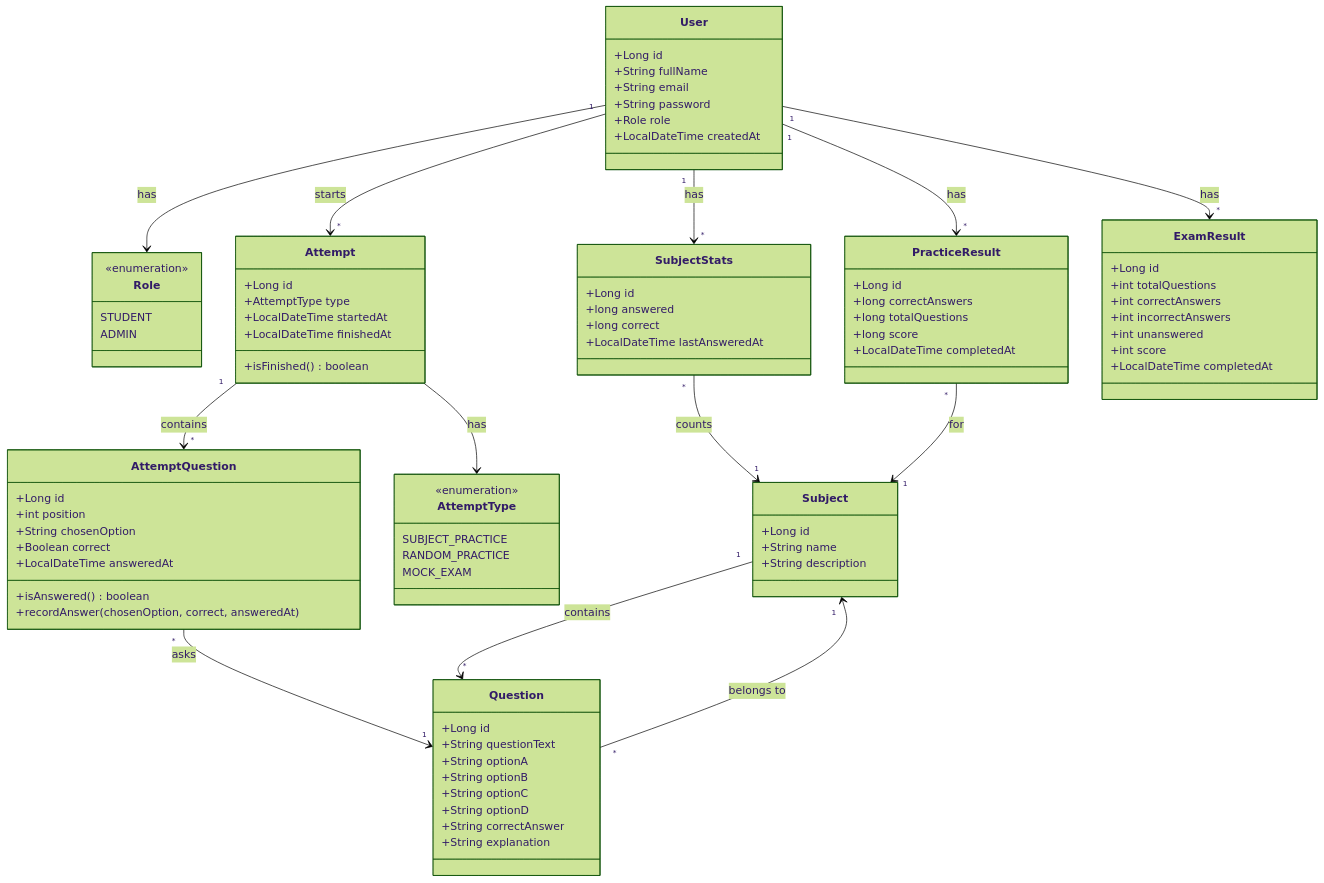
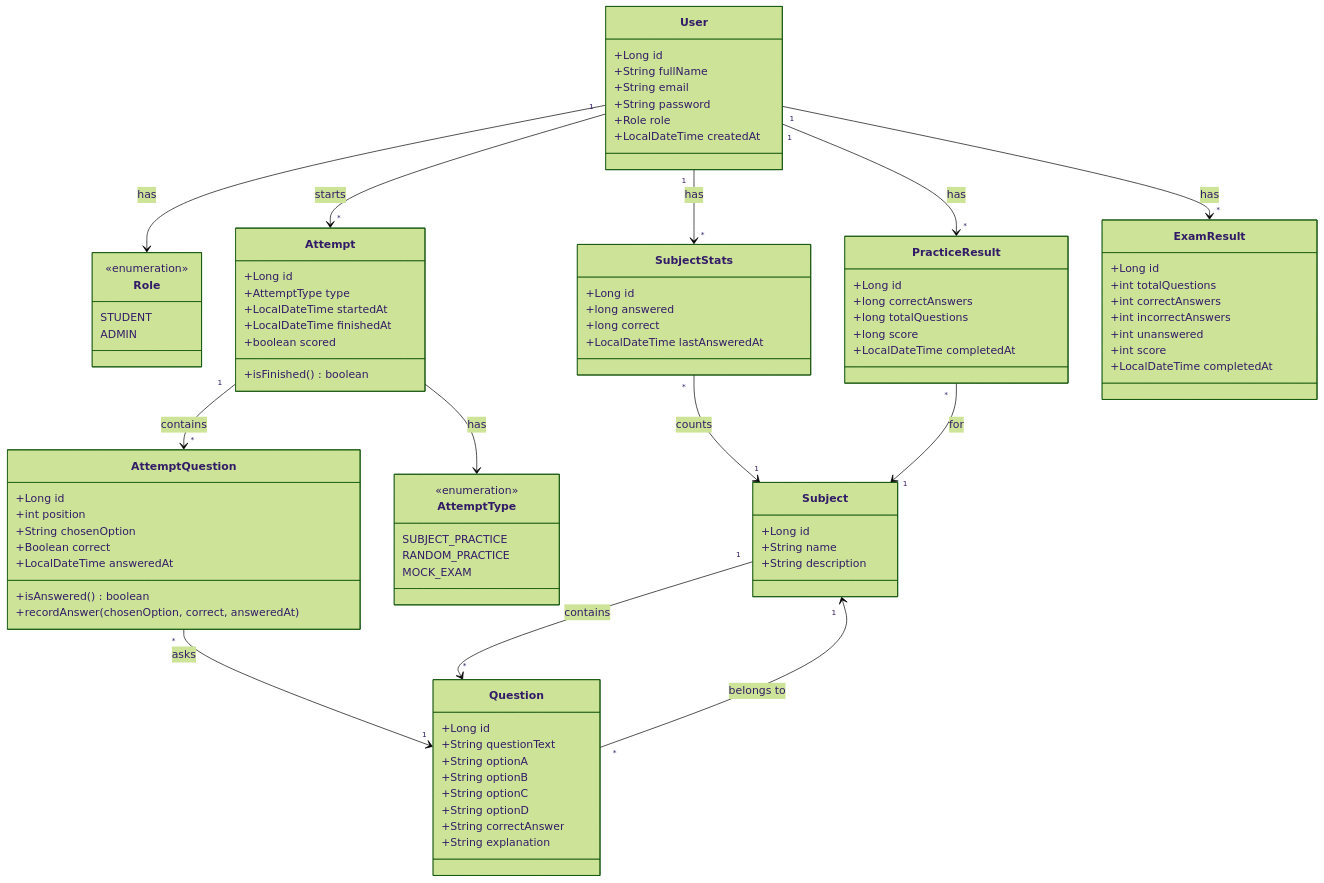
Before and after one commit to Hunter-Theory-Examination-Jagarexamen/hunter-exam-trainer: the diagram in docs/Design/UML-Class-Diagram.md, drawn with Mermaid (forest theme). The commit also changed 2 other files, not shown here.

Commit message:
docs: what the statistics count; scored column on attempts (#180)
API specification: new section on which answers the statistics count
(practice and scored mock exams), per subject, progress over time,
Dashboard and recent activity. ER and UML diagrams: Attempt.scored.

Claude-Session: https://claude.ai/code/session_0198PMfLhJ3sTGUnwLyqFgaj

```diff
--- a/docs/Design/UML-Class-Diagram.md
+++ b/docs/Design/UML-Class-Diagram.md
@@ -48,6 +48,7 @@
     +AttemptType type
     +LocalDateTime startedAt
     +LocalDateTime finishedAt
+    +boolean scored
     +isFinished() boolean
 }
 
```
